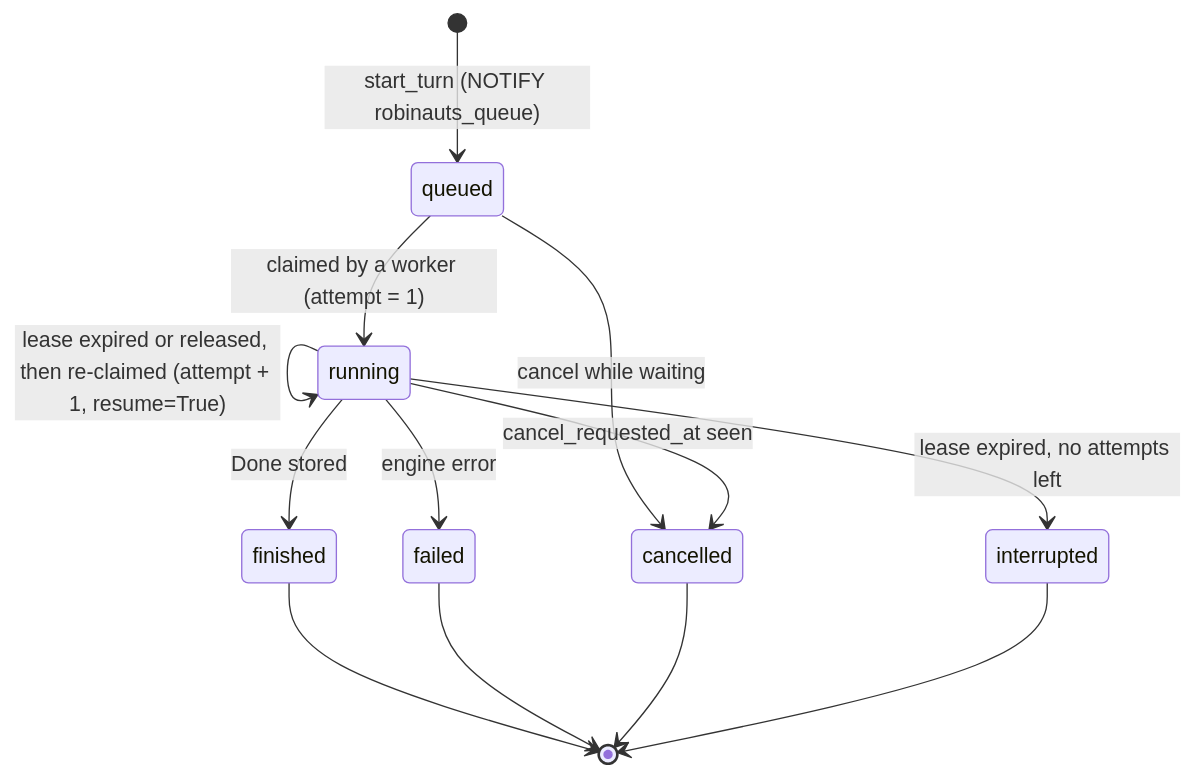
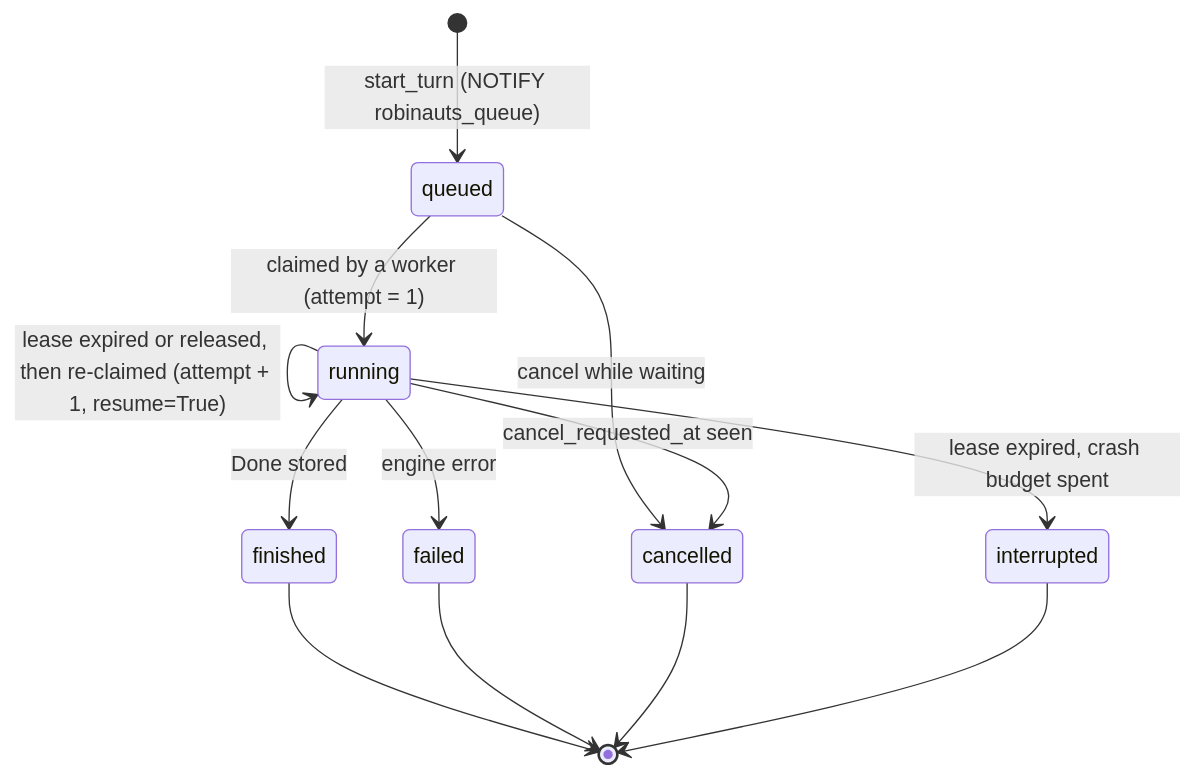
Before and after one commit to the-guish/robinauts: the diagram in docs/working-notes/long-running-turns.md, drawn with Mermaid. The commit also changed other lines of this file, not shown here.

First line of the commit message:
docs: record decisions and review corrections in the long-running study

````diff
--- a/docs/working-notes/long-running-turns.md
+++ b/docs/working-notes/long-running-turns.md
@@ -354,16 +447,16 @@
 ```mermaid
 stateDiagram-v2
     [*] --> queued: start_turn (NOTIFY robinauts_queue)
     queued --> running: claimed by a worker (attempt = 1)
     queued --> cancelled: cancel while waiting
     running --> running: heartbeat extends lease
     running --> finished: Done stored
     running --> failed: engine error
     running --> cancelled: cancel_requested_at seen
     running --> running: lease expired or released, then re-claimed (attempt + 1, resume=True)
-    running --> interrupted: lease expired, no attempts left
+    running --> interrupted: lease expired, crash budget spent
     finished --> [*]
     failed --> [*]
     cancelled --> [*]
     interrupted --> [*]
 ```
````
